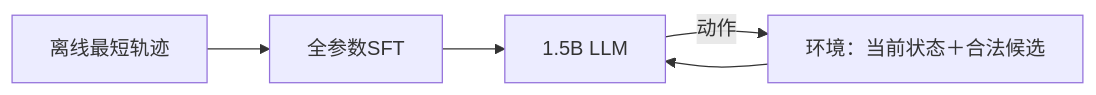
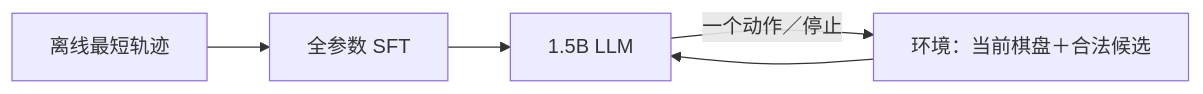
The diagram in docs/LLM_SFT_PLAN.md (Harryking1999/grounded-llm), drawn with Mermaid before and after one commit. The commit also changed other lines of this file, not shown here.

Commit message:
Add full action dialogue example and clarify blocks SFT plan

````diff
--- a/docs/LLM_SFT_PLAN.md
+++ b/docs/LLM_SFT_PLAN.md
@@ -13,6 +11,6 @@
 ```mermaid
 flowchart LR
-    O["离线最短轨迹"] --> S["全参数SFT"] --> L["1.5B LLM"]
-    E["环境：当前状态＋合法候选"] --> L
-    L -->|"动作"| E
+    O["离线最短轨迹"] --> S["全参数 SFT"] --> L["1.5B LLM"]
+    E["环境：当前棋盘＋合法候选"] --> L
+    L -->|"一个动作／停止"| E
 ```
````
